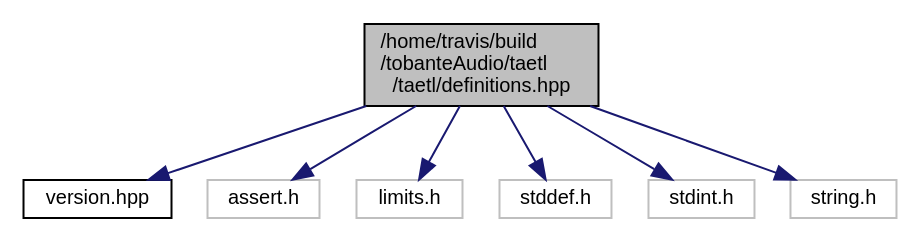
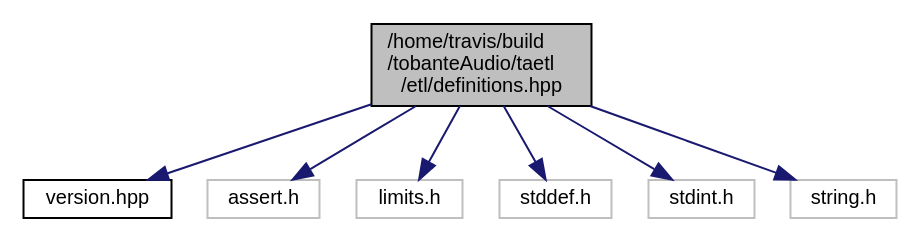
One commit to tobanteAudio/taetl changed the diagram in definitions_8hpp__incl.dot. Above: the diagram before and after it, drawn with Graphviz. The commit also changed 915 other files, not shown here.

Commit message:
Deploy tobanteAudio/taetl to github.com/tobanteAudio/taetl.git:gh-pages

```diff
--- a/definitions_8hpp__incl.dot
+++ b/definitions_8hpp__incl.dot
@@ -1,18 +1,18 @@
-digraph "/home/travis/build/tobanteAudio/taetl/taetl/definitions.hpp"
+digraph "/home/travis/build/tobanteAudio/taetl/etl/definitions.hpp"
 {
   edge [fontname="Helvetica",fontsize="10",labelfontname="Helvetica",labelfontsize="10"];
   node [fontname="Helvetica",fontsize="10",shape=record];
-  Node0 [label="/home/travis/build\l/tobanteAudio/taetl\l/taetl/definitions.hpp",height=0.2,width=0.4,color="black", fillcolor="grey75", style="filled", fontcolor="black"];
+  Node0 [label="/home/travis/build\l/tobanteAudio/taetl\l/etl/definitions.hpp",height=0.2,width=0.4,color="black", fillcolor="grey75", style="filled", fontcolor="black"];
   Node0 -> Node1 [color="midnightblue",fontsize="10",style="solid",fontname="Helvetica"];
   Node1 [label="version.hpp",height=0.2,width=0.4,color="black", fillcolor="white", style="filled",URL="$version_8hpp.html"];
   Node0 -> Node2 [color="midnightblue",fontsize="10",style="solid",fontname="Helvetica"];
   Node2 [label="assert.h",height=0.2,width=0.4,color="grey75", fillcolor="white", style="filled"];
   Node0 -> Node3 [color="midnightblue",fontsize="10",style="solid",fontname="Helvetica"];
   Node3 [label="limits.h",height=0.2,width=0.4,color="grey75", fillcolor="white", style="filled"];
   Node0 -> Node4 [color="midnightblue",fontsize="10",style="solid",fontname="Helvetica"];
   Node4 [label="stddef.h",height=0.2,width=0.4,color="grey75", fillcolor="white", style="filled"];
   Node0 -> Node5 [color="midnightblue",fontsize="10",style="solid",fontname="Helvetica"];
   Node5 [label="stdint.h",height=0.2,width=0.4,color="grey75", fillcolor="white", style="filled"];
   Node0 -> Node6 [color="midnightblue",fontsize="10",style="solid",fontname="Helvetica"];
   Node6 [label="string.h",height=0.2,width=0.4,color="grey75", fillcolor="white", style="filled"];
 }
```
